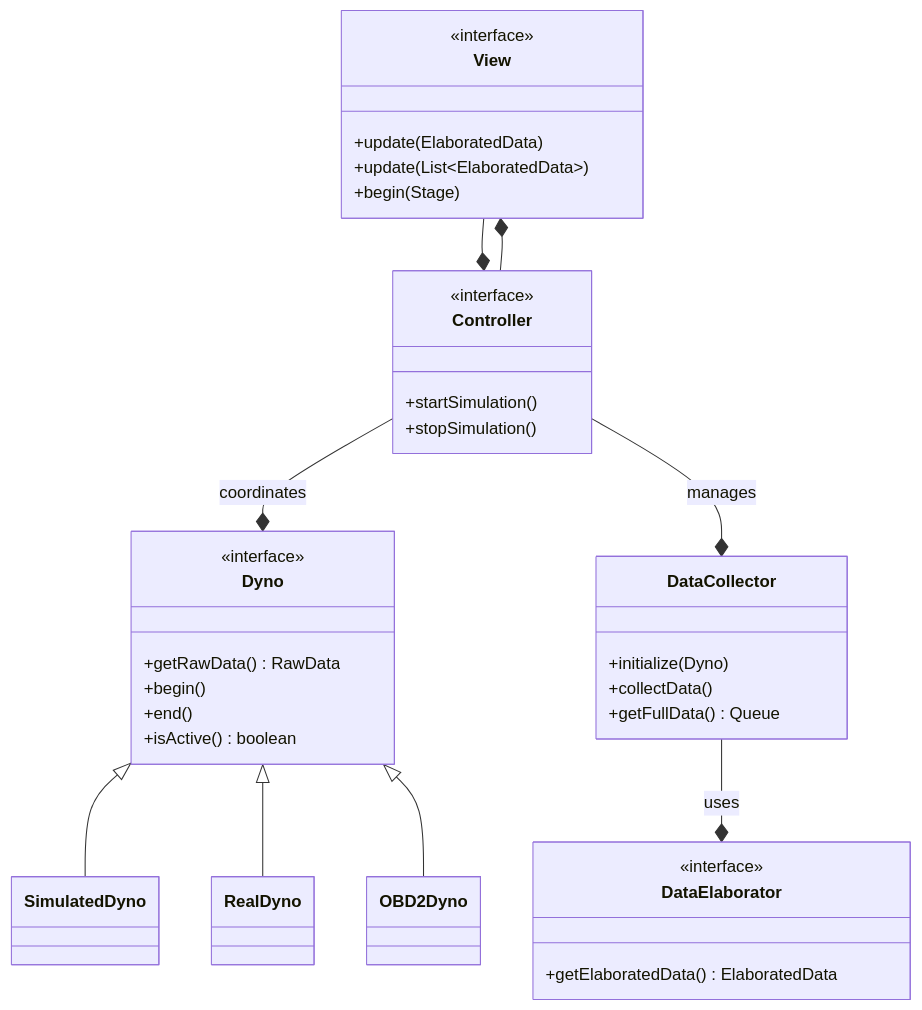
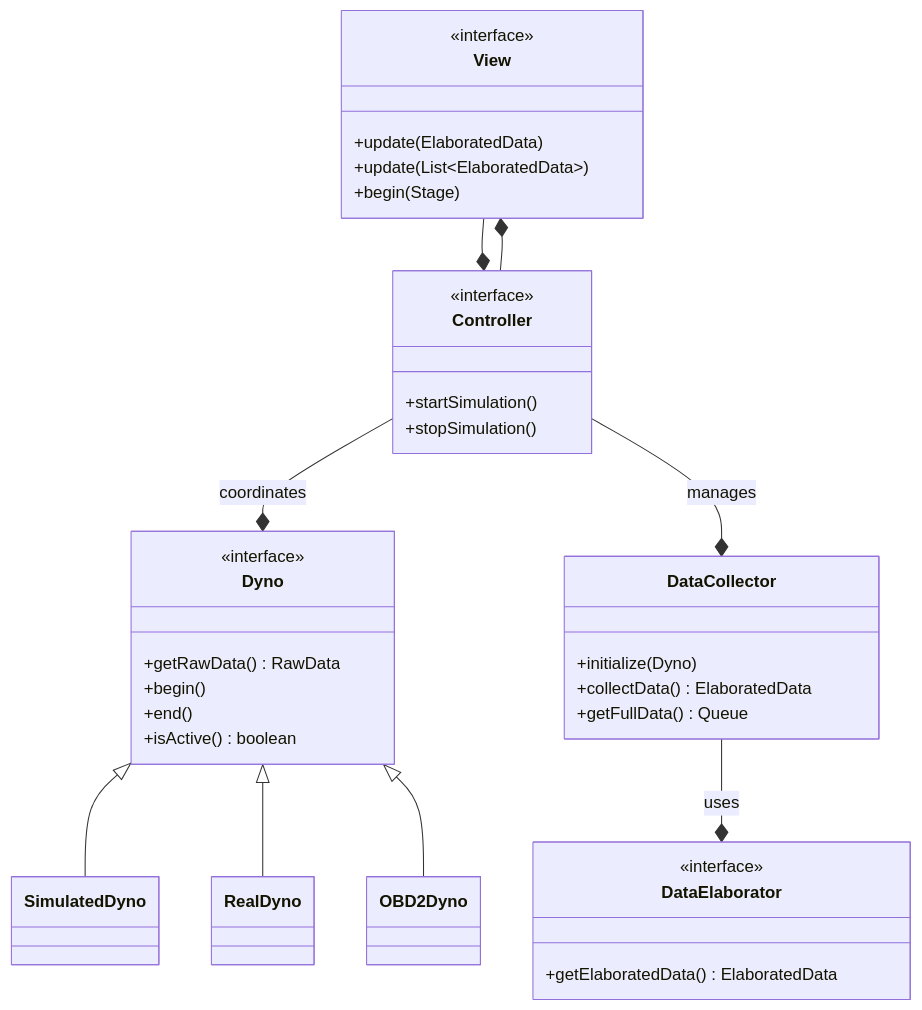
Before and after one commit to unibo-oop-projects/OOP24-Alessandro-CristoferNapolitano-SolarEgg-TodeschiMatteo-java-dyno: the second of 8 diagrams in report.md, drawn with Mermaid. The commit also changed other lines of this file and 8 other files, not shown here.

````diff
--- a/report.md
+++ b/report.md
@@ -171,52 +171,52 @@
 ```mermaid
 classDiagram
     class View {
         <<interface>>
         +update(ElaboratedData)
         +update(List~ElaboratedData~)
         +begin(Stage)
     }
     
     class Controller {
         <<interface>>
         +startSimulation()
         +stopSimulation()
     }
     
     class Dyno {
         <<interface>>
         +getRawData() RawData
         +begin()
         +end()
         +isActive() boolean
     }
     
     class DataCollector {
         +initialize(Dyno)
-        +collectData()
+        +collectData() ElaboratedData
         +getFullData() Queue
     }
     
     class DataElaborator {
         <<interface>>
         +getElaboratedData() ElaboratedData
     }
     
     class SimulatedDyno {
     }
     
     class RealDyno {
     }
     
     class OBD2Dyno {
     }
 
     View --* Controller
     Controller --* View
     Controller --* Dyno : coordinates
     Controller --* DataCollector : manages
     DataCollector --* DataElaborator : uses
     Dyno <|-- SimulatedDyno
     Dyno <|-- RealDyno
     Dyno <|-- OBD2Dyno
 ```
````
